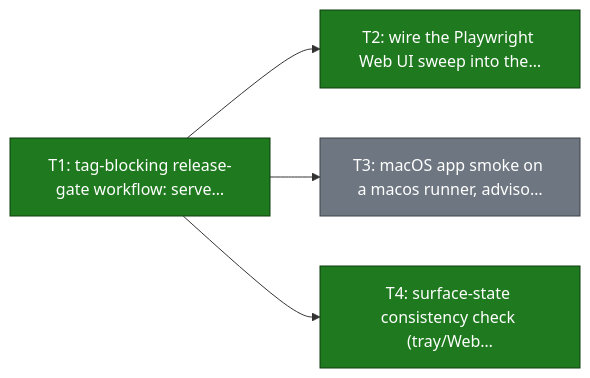
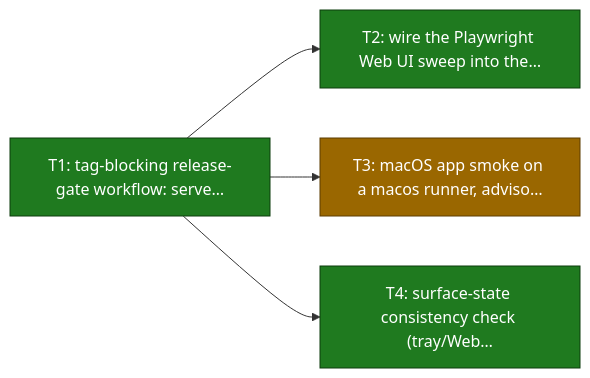
The third of 26 diagrams in ROADMAP.md (smart-mcp-proxy/mcpproxy-go), drawn with Mermaid before and after one commit. The commit also changed other lines of this file and 9 other files, not shown here.

First line of the commit message:
feat(gate): macOS tray smoke as advisory release-gate entry (Spec 081 T3)

````diff
--- a/ROADMAP.md
+++ b/ROADMAP.md
@@ -163,16 +163,16 @@
 ```mermaid
 graph LR
   release_qa_gate_matrix["T1: tag-blocking release-gate workflow: serve…"]
   release_qa_gate_playwright["T2: wire the Playwright Web UI sweep into the…"]
   release_qa_gate_macos["T3: macOS app smoke on a macos runner, adviso…"]
   release_qa_gate_consistency["T4: surface-state consistency check (tray/Web…"]
 
   release_qa_gate_matrix --> release_qa_gate_playwright
   release_qa_gate_matrix --> release_qa_gate_macos
   release_qa_gate_matrix --> release_qa_gate_consistency
 
   classDef done fill:#1f7a1f,stroke:#0d3d0d,color:#ffffff;
-  classDef todo fill:#6e7781,stroke:#3d4248,color:#ffffff;
+  classDef in_review fill:#9a6700,stroke:#5c3d00,color:#ffffff;
   class release_qa_gate_matrix,release_qa_gate_playwright,release_qa_gate_consistency done;
-  class release_qa_gate_macos todo;
+  class release_qa_gate_macos in_review;
 ```
````
